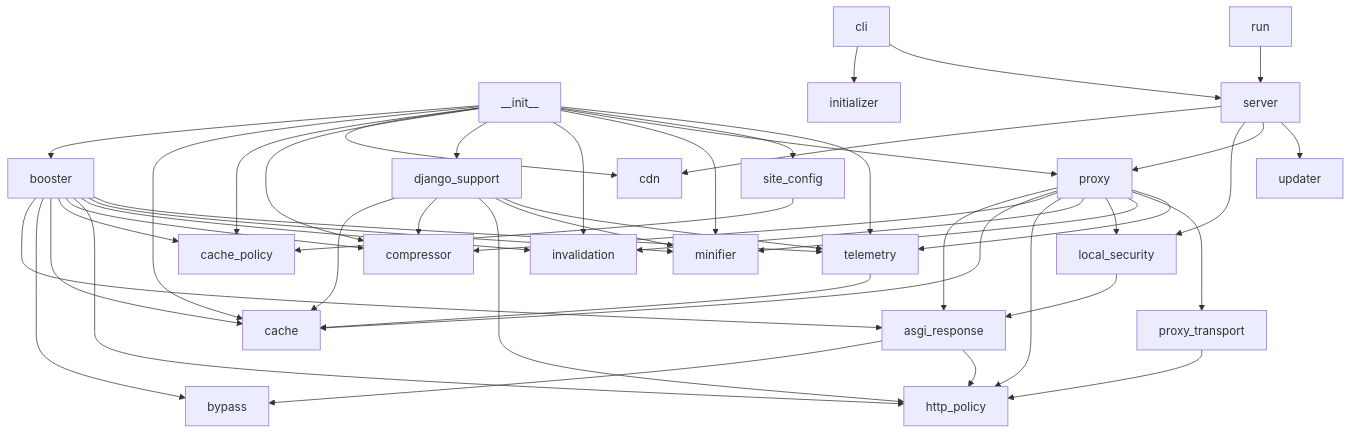
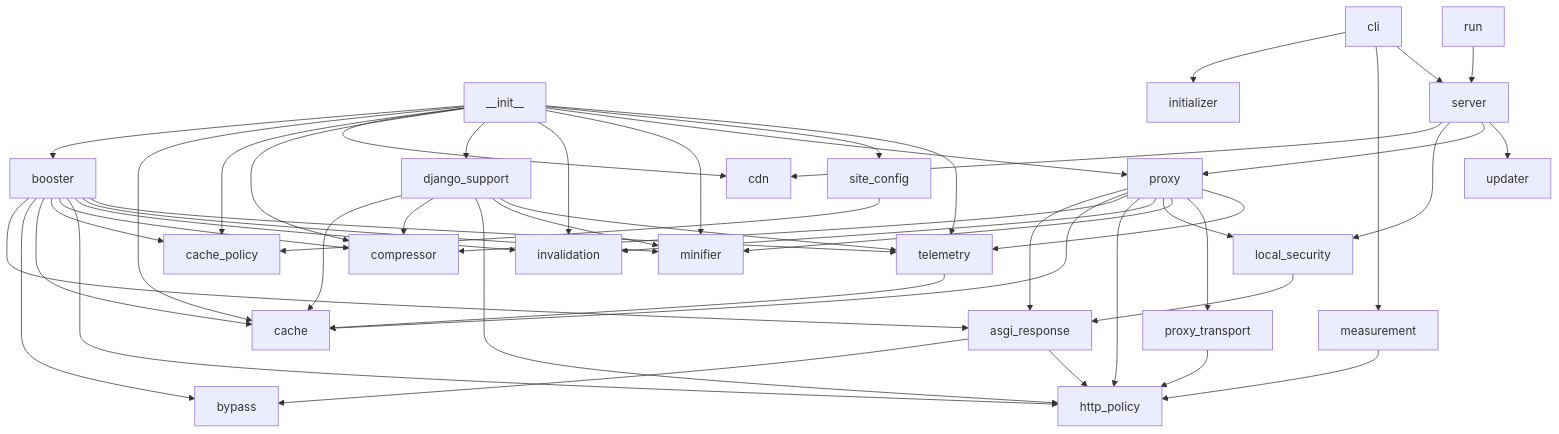
Before and after one commit to Gaazi/booster: the diagram in CODEMAP.md, drawn with Mermaid. The commit also changed other lines of this file and 19 other files, not shown here.

````diff
--- a/CODEMAP.md
+++ b/CODEMAP.md
@@ -418,50 +430,52 @@
 ```mermaid
 graph TD
   __init__ --> booster
   __init__ --> cache
   __init__ --> cache_policy
   __init__ --> cdn
   __init__ --> compressor
   __init__ --> django_support
   __init__ --> invalidation
   __init__ --> minifier
   __init__ --> proxy
   __init__ --> site_config
   __init__ --> telemetry
   asgi_response --> bypass
   asgi_response --> http_policy
   booster --> asgi_response
   booster --> bypass
   booster --> cache
   booster --> cache_policy
   booster --> compressor
   booster --> http_policy
   booster --> invalidation
   booster --> minifier
   booster --> telemetry
   cli --> initializer
+  cli --> measurement
   cli --> server
   django_support --> cache
   django_support --> compressor
   django_support --> http_policy
   django_support --> minifier
   django_support --> telemetry
   local_security --> asgi_response
+  measurement --> http_policy
   proxy --> asgi_response
   proxy --> cache
   proxy --> compressor
   proxy --> http_policy
   proxy --> invalidation
   proxy --> local_security
   proxy --> minifier
   proxy --> proxy_transport
   proxy --> telemetry
   proxy_transport --> http_policy
   run --> server
   server --> cdn
   server --> local_security
   server --> proxy
   server --> updater
   site_config --> cache_policy
   telemetry --> cache
 ```
````
